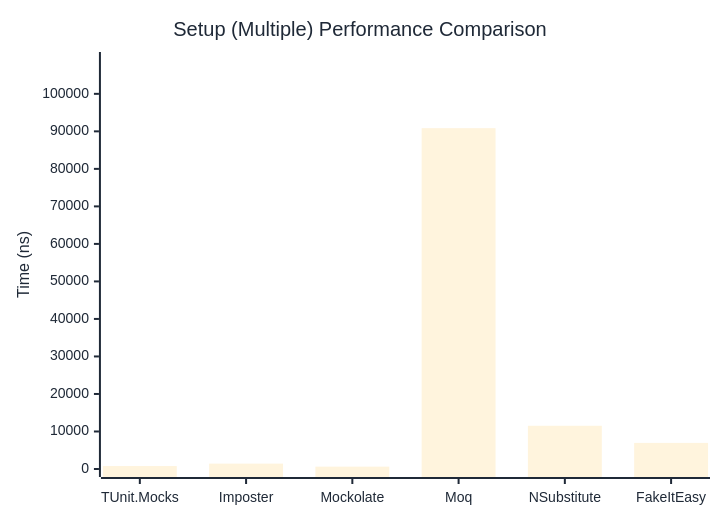
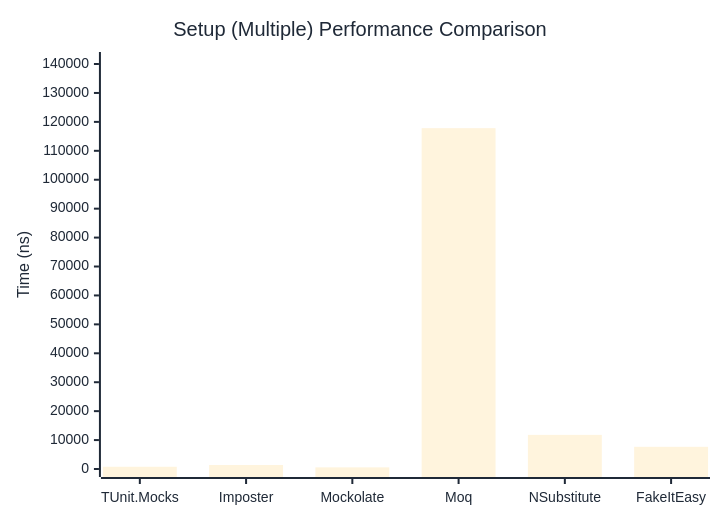
Before and after one commit to thomhurst/TUnit: the second of 2 diagrams in docs/docs/benchmarks/mocks/Setup.md, drawn with Mermaid. The commit also changed other lines of this file and 14 other files, not shown here.

````diff
--- a/docs/docs/benchmarks/mocks/Setup.md
+++ b/docs/docs/benchmarks/mocks/Setup.md
@@ -71,27 +71,27 @@
 ```mermaid
 %%{init: {
   'theme':'base',
   'themeVariables': {
     'primaryColor': '#2563eb',
     'primaryTextColor': '#1f2937',
     'primaryBorderColor': '#1e40af',
     'lineColor': '#6b7280',
     'secondaryColor': '#7c3aed',
     'tertiaryColor': '#dc2626',
     'background': '#ffffff',
     'pie1': '#2563eb',
     'pie2': '#7c3aed',
     'pie3': '#dc2626',
     'pie4': '#f59e0b',
     'pie5': '#10b981',
     'pie6': '#06b6d4',
     'pie7': '#ec4899',
     'pie8': '#6366f1'
   }
 }}%%
 xychart-beta
   title "Setup (Multiple) Performance Comparison"
   x-axis ["TUnit.Mocks", "Imposter", "Mockolate", "Moq", "NSubstitute", "FakeItEasy"]
-  y-axis "Time (ns)" 0 --> 109020
-  bar [788.3, 1432.2, 624.7, 90849.7, 11523.9, 6955]
+  y-axis "Time (ns)" 0 --> 141392
+  bar [769.9, 1385.8, 561.2, 117826, 11797.7, 7672.9]
 ```
````
